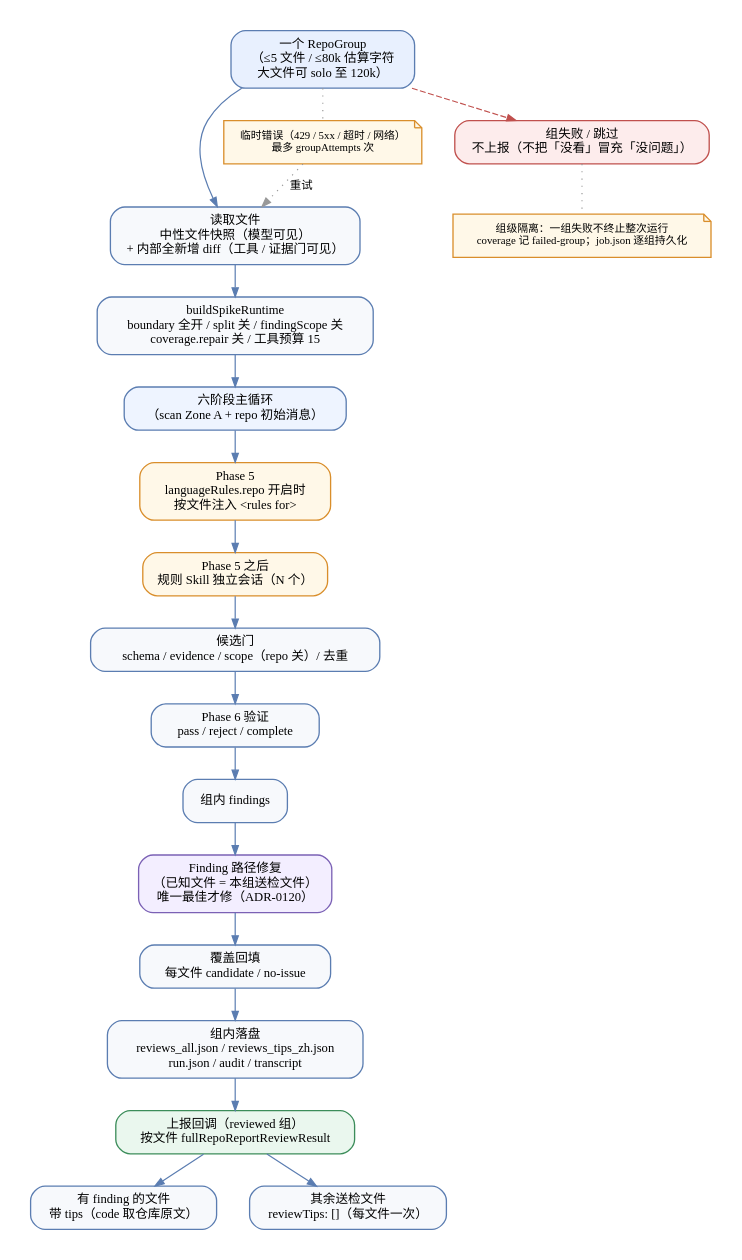
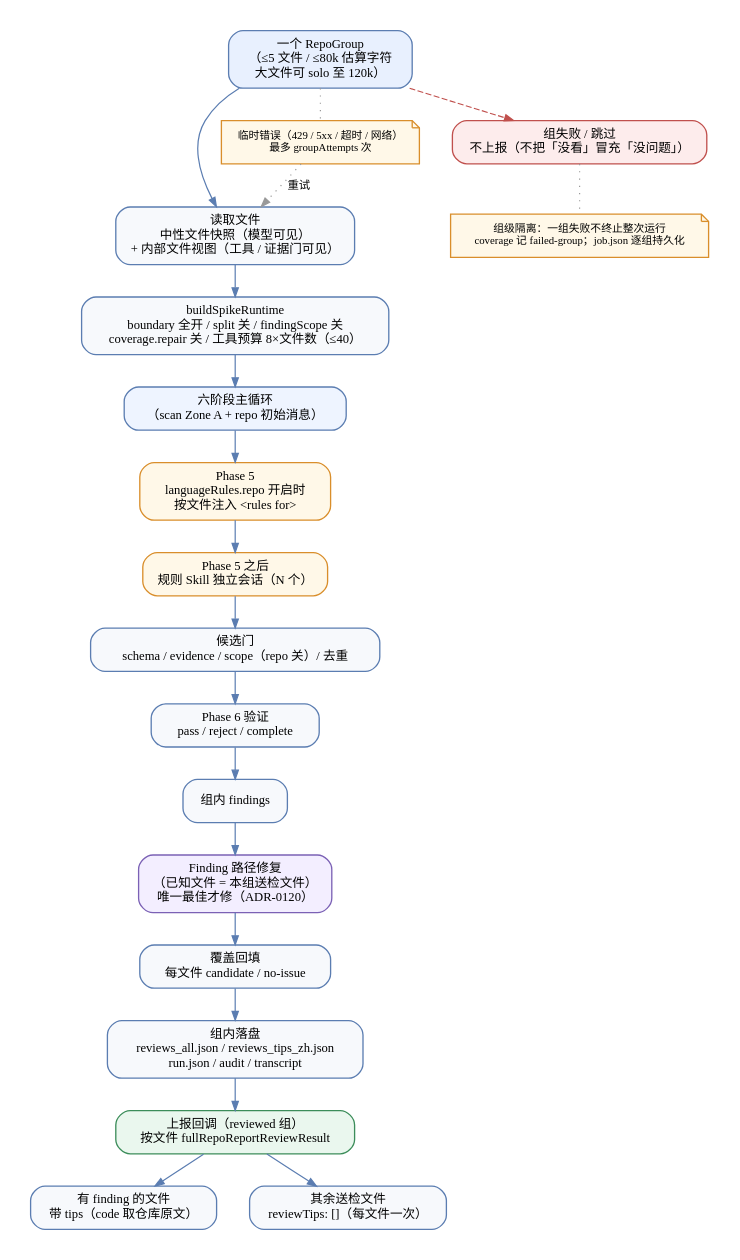
Before and after one commit to ffanwei/ReviewAgent-pi: the diagram in docs/design/assets/repo-review-flow/04-group-execution.dot, drawn with Graphviz. The commit also changed 13 other files, not shown here.

```diff
--- a/docs/design/assets/repo-review-flow/04-group-execution.dot
+++ b/docs/design/assets/repo-review-flow/04-group-execution.dot
@@ -1,61 +1,61 @@
 // 图 4：单组执行与上报（docs/design/全仓扫描-方案与契约.md §4、§6）
 // 渲染：dot -Tpng -Gdpi=150 04-group-execution.dot -o repo-review-group-execution-flow.png
 digraph GroupExecutionFlow {
   graph [
     rankdir=TB,
     fontname="Microsoft YaHei",
     fontsize=13,
     nodesep=0.38,
     ranksep=0.36,
     pad=0.25,
     bgcolor="white",
     compound=true
   ];
   node [
     fontname="Microsoft YaHei",
     fontsize=10.5,
     shape=box,
     style="rounded,filled",
     fillcolor="#F7F9FC",
     color="#5B7DB1",
     penwidth=1.1,
     margin="0.15,0.09"
   ];
   edge [
     fontname="Microsoft YaHei",
     fontsize=9.5,
     color="#5B7DB1",
     arrowsize=0.75
   ];
 
   group [label="一个 RepoGroup\n（≤5 文件 / ≤80k 估算字符\n大文件可 solo 至 120k）", fillcolor="#E8F0FE"];
-  snapshot [label="读取文件\n中性文件快照（模型可见）\n+ 内部全新增 diff（工具 / 证据门可见）"];
-  runtime [label="buildSpikeRuntime\nboundary 全开 / split 关 / findingScope 关\ncoverage.repair 关 / 工具预算 15"];
+  snapshot [label="读取文件\n中性文件快照（模型可见）\n+ 内部文件视图（工具 / 证据门可见）"];
+  runtime [label="buildSpikeRuntime\nboundary 全开 / split 关 / findingScope 关\ncoverage.repair 关 / 工具预算 8×文件数（≤40）"];
   phases [label="六阶段主循环\n（scan Zone A + repo 初始消息）", fillcolor="#EEF4FF"];
   lang [label="Phase 5\nlanguageRules.repo 开启时\n按文件注入 <rules for>", fillcolor="#FFF8E8", color="#D98E2B"];
   skills [label="Phase 5 之后\n规则 Skill 独立会话（N 个）", fillcolor="#FFF8E8", color="#D98E2B"];
   candidates [label="候选门\nschema / evidence / scope（repo 关）/ 去重"];
   verdict [label="Phase 6 验证\npass / reject / complete"];
   findings [label="组内 findings"];
   repair [label="Finding 路径修复\n（已知文件 = 本组送检文件）\n唯一最佳才修（ADR-0120）", fillcolor="#F3EEFF", color="#7B61B5"];
   coverage [label="覆盖回填\n每文件 candidate / no-issue"];
   artifacts [label="组内落盘\nreviews_all.json / reviews_tips_zh.json\nrun.json / audit / transcript"];
 
   report [label="上报回调（reviewed 组）\n按文件 fullRepoReportReviewResult", fillcolor="#EAF7EE", color="#3C8D5A"];
   withTips [label="有 finding 的文件\n带 tips（code 取仓库原文）"];
   empty [label="其余送检文件\nreviewTips: []（每文件一次）"];
   failed [label="组失败 / 跳过\n不上报（不把「没看」冒充「没问题」）", fillcolor="#FDECEC", color="#C0504D"];
   retry [label="临时错误（429 / 5xx / 超时 / 网络）\n最多 groupAttempts 次", shape=note, fillcolor="#FFF8E8", color="#D98E2B", fontsize=9];
 
   group -> snapshot -> runtime -> phases;
   phases -> lang -> skills -> candidates -> verdict -> findings;
   findings -> repair -> coverage -> artifacts -> report;
   report -> withTips;
   report -> empty;
   group -> failed [style=dashed, color="#C0504D", fontcolor="#C0504D"];
   group -> retry [style=dotted, arrowhead=none, color="#999999"];
   retry -> snapshot [style=dotted, label=" 重试", color="#999999"];
 
   note [shape=note, label="组级隔离：一组失败不终止整次运行\ncoverage 记 failed-group；job.json 逐组持久化", fillcolor="#FFF8E8", color="#D98E2B", fontsize=9];
   failed -> note [style=dotted, arrowhead=none, color="#999999"];
 }
```
